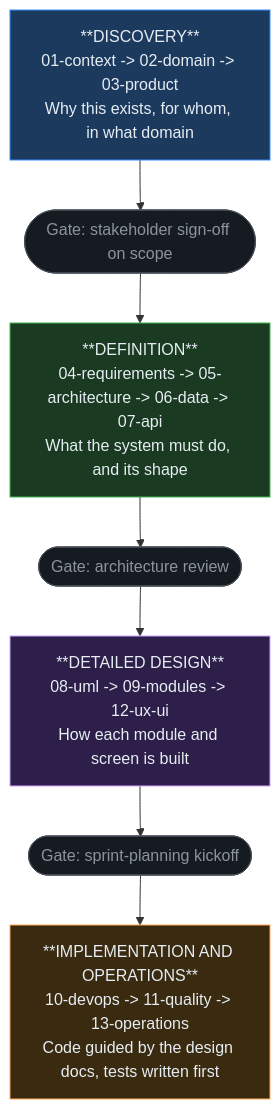
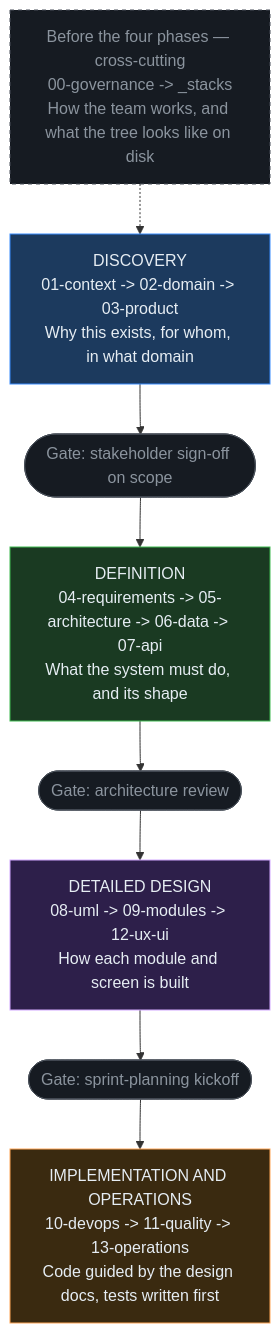
Before and after one commit to Naudi13/budget-tracker: the diagram in docs/00-sdd-guide.md, drawn with Mermaid. The commit also changed other lines of this file and 24 other files, not shown here.

````diff
--- a/docs/00-sdd-guide.md
+++ b/docs/00-sdd-guide.md
@@ -39,20 +39,22 @@
 ```mermaid
 flowchart TD
-    P1["**DISCOVERY**\n01-context -> 02-domain -> 03-product\nWhy this exists, for whom, in what domain"]
+    P0["Before the four phases — cross-cutting<br/>00-governance -> _stacks<br/>How the team works, and what the tree looks like on disk"]
+    P1["DISCOVERY<br/>01-context -> 02-domain -> 03-product<br/>Why this exists, for whom, in what domain"]
     G1(["Gate: stakeholder sign-off on scope"])
-    P2["**DEFINITION**\n04-requirements -> 05-architecture -> 06-data -> 07-api\nWhat the system must do, and its shape"]
+    P2["DEFINITION<br/>04-requirements -> 05-architecture -> 06-data -> 07-api<br/>What the system must do, and its shape"]
     G2(["Gate: architecture review"])
-    P3["**DETAILED DESIGN**\n08-uml -> 09-modules -> 12-ux-ui\nHow each module and screen is built"]
+    P3["DETAILED DESIGN<br/>08-uml -> 09-modules -> 12-ux-ui<br/>How each module and screen is built"]
     G3(["Gate: sprint-planning kickoff"])
-    P4["**IMPLEMENTATION AND OPERATIONS**\n10-devops -> 11-quality -> 13-operations\nCode guided by the design docs, tests written first"]
+    P4["IMPLEMENTATION AND OPERATIONS<br/>10-devops -> 11-quality -> 13-operations<br/>Code guided by the design docs, tests written first"]
 
-    P1 --> G1 --> P2 --> G2 --> P3 --> G3 --> P4
+    P0 -.-> P1 --> G1 --> P2 --> G2 --> P3 --> G3 --> P4
 
+    style P0 fill:#161b22,stroke:#484f58,color:#8b949e,stroke-dasharray: 4 4
     style P1 fill:#1c3a5e,stroke:#388bfd,color:#e6edf3
     style P2 fill:#1a3a22,stroke:#3fb950,color:#e6edf3
     style P3 fill:#2d1f4a,stroke:#d2a8ff,color:#e6edf3
     style P4 fill:#3a2a10,stroke:#ffa657,color:#e6edf3
     style G1 fill:#161b22,stroke:#484f58,color:#8b949e
     style G2 fill:#161b22,stroke:#484f58,color:#8b949e
     style G3 fill:#161b22,stroke:#484f58,color:#8b949e
 ```
````
